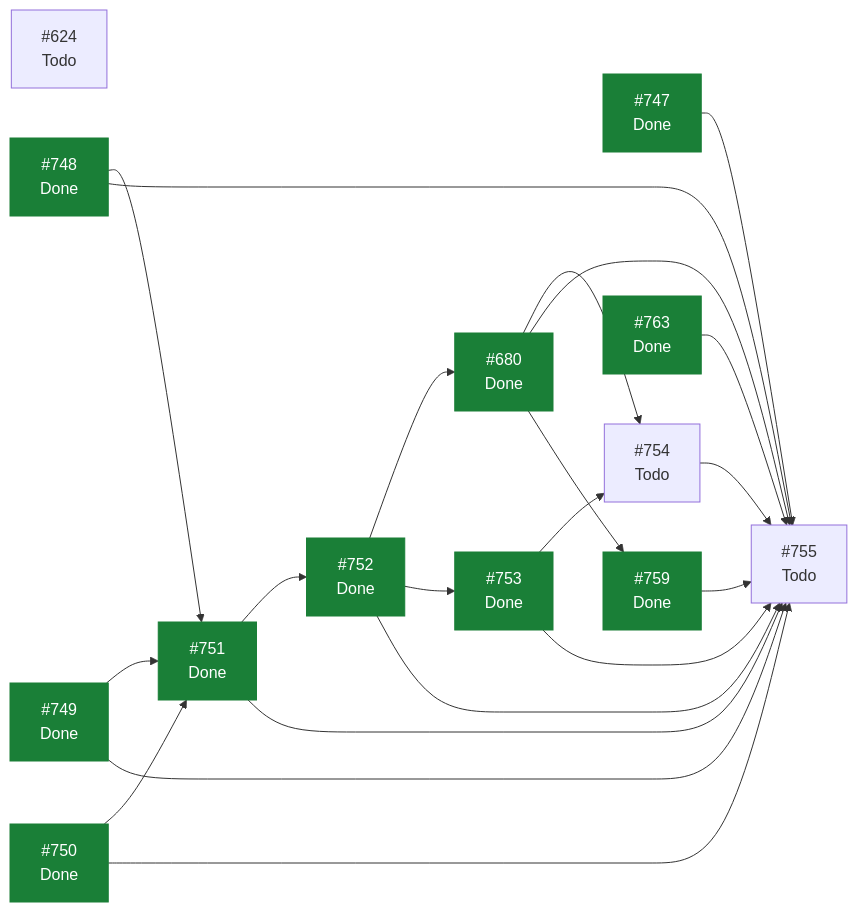
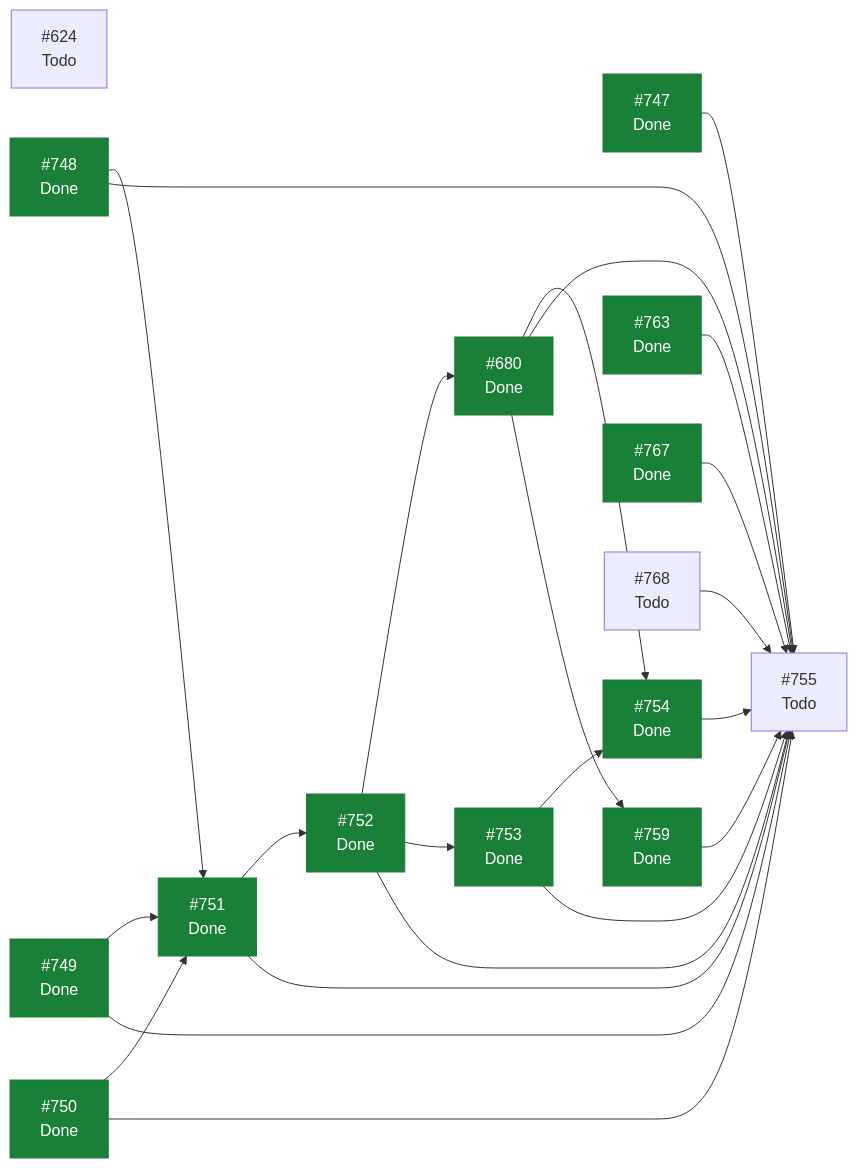
The diagram in docs/planning/STATUS.md (ecamp0s/evault), drawn with Mermaid before and after one commit. The commit also changed other lines of this file, not shown here.

````diff
--- a/docs/planning/STATUS.md
+++ b/docs/planning/STATUS.md
@@ -98,38 +102,42 @@
 ```mermaid
 graph LR
   I624["#624<br/>Todo"]
   I680["#680<br/>Done"]
   I747["#747<br/>Done"]
   I748["#748<br/>Done"]
   I749["#749<br/>Done"]
   I750["#750<br/>Done"]
   I751["#751<br/>Done"]
   I752["#752<br/>Done"]
   I753["#753<br/>Done"]
-  I754["#754<br/>Todo"]
+  I754["#754<br/>Done"]
   I755["#755<br/>Todo"]
   I759["#759<br/>Done"]
   I763["#763<br/>Done"]
+  I767["#767<br/>Done"]
+  I768["#768<br/>Todo"]
   I680 --> I754
   I680 --> I755
   I680 --> I759
   I747 --> I755
   I748 --> I751
   I748 --> I755
   I749 --> I751
   I749 --> I755
   I750 --> I751
   I750 --> I755
   I751 --> I752
   I751 --> I755
   I752 --> I680
   I752 --> I753
   I752 --> I755
   I753 --> I754
   I753 --> I755
   I754 --> I755
   I759 --> I755
   I763 --> I755
+  I767 --> I755
+  I768 --> I755
   classDef hecho fill:#1a7f37,stroke:#1a7f37,color:#fff;
-  class I680,I747,I748,I749,I750,I751,I752,I753,I759,I763 hecho;
+  class I680,I747,I748,I749,I750,I751,I752,I753,I754,I759,I763,I767 hecho;
 ```
````
